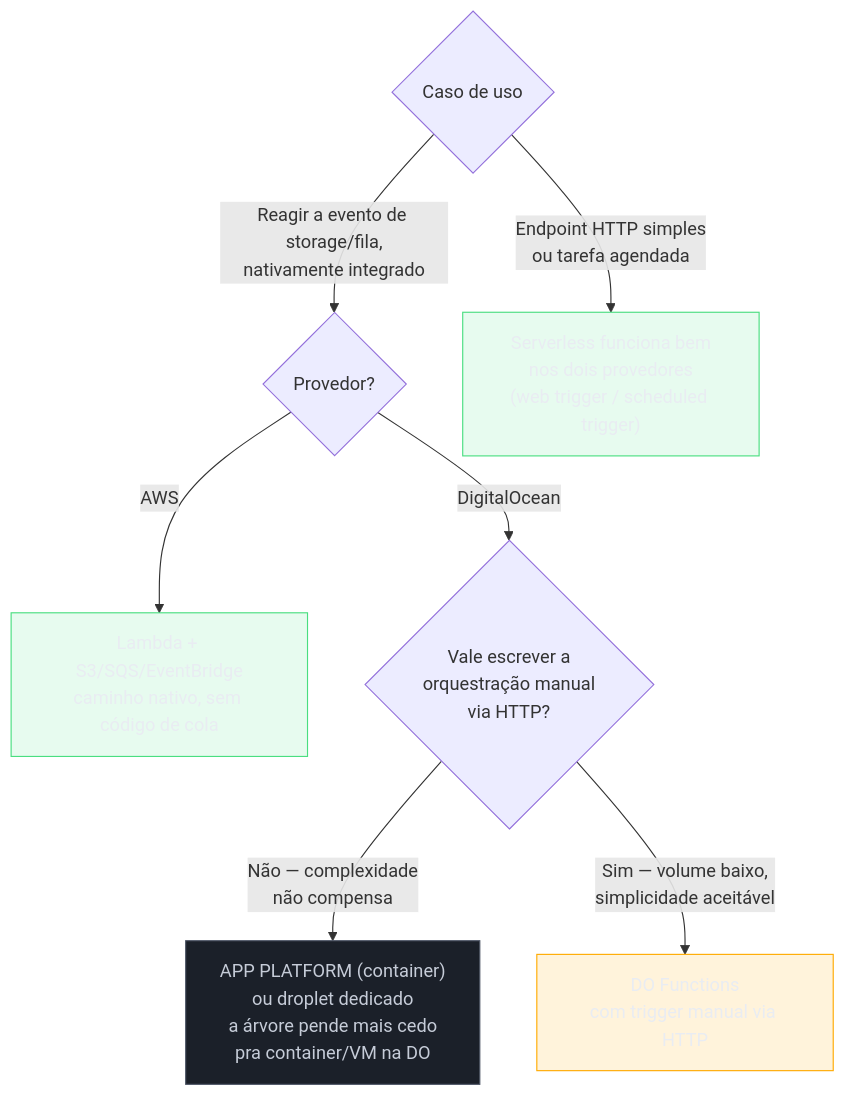
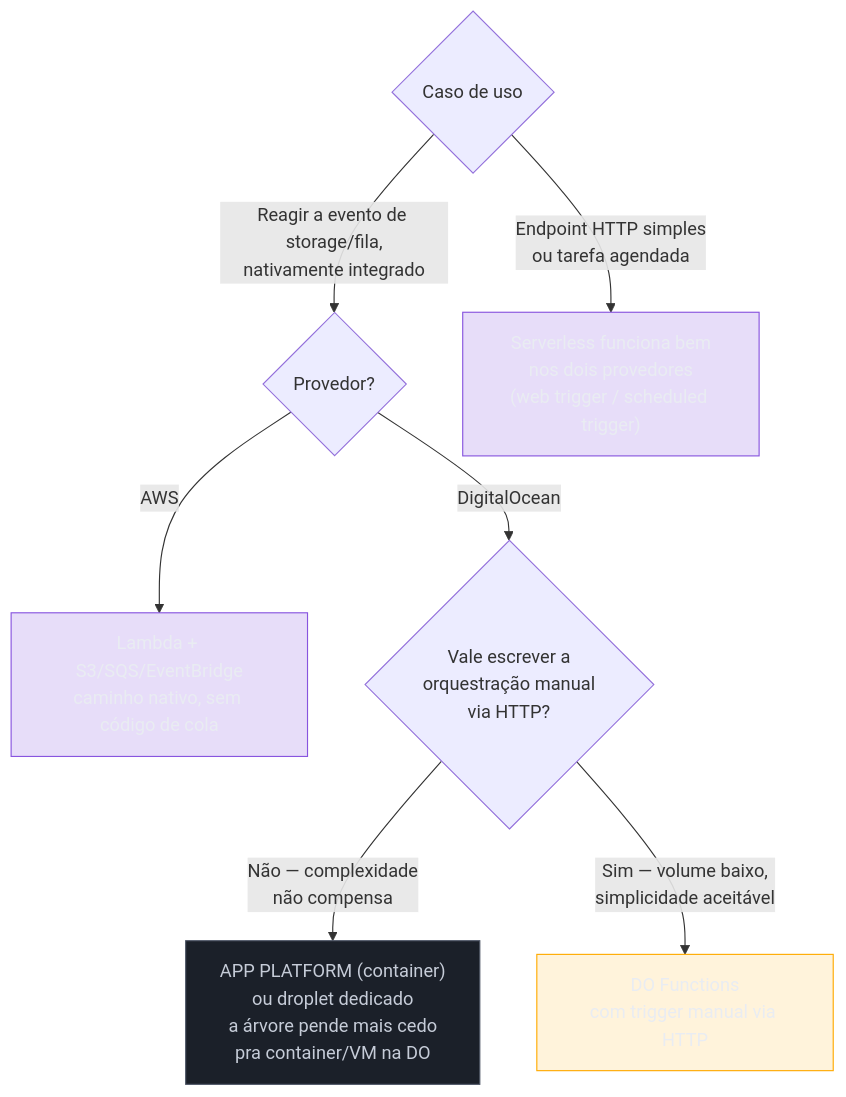
One commit to josenaldo/codex-technomanticus changed the fourth of 4 diagrams in 03-Dominios/Tecnologia/Cloud/11 - Serverless e FaaS — Lambda a fundo/06 - Quando serverless faz (e não faz) sentido.md. Above: the diagram before and after it, drawn with Mermaid. The commit also changed other lines of this file and 601 other files, not shown here.

````diff
--- a/03-Dominios/Tecnologia/Cloud/11 - Serverless e FaaS — Lambda a fundo/06 - Quando serverless faz (e não faz) sentido.md
+++ b/03-Dominios/Tecnologia/Cloud/11 - Serverless e FaaS — Lambda a fundo/06 - Quando serverless faz (e não faz) sentido.md
@@ -311,20 +311,20 @@
 ```mermaid
 flowchart TD
-    classDef ok fill:#4ADE8021,stroke:#4ADE80,color:#E9ECF2
+    classDef marca fill:#8855DF33,stroke:#8855DF,color:#E9ECF2
     classDef neutro fill:#1B2029,stroke:#4E5666,color:#C6CCD8
     classDef destaque fill:#FFAA0024,stroke:#FFAA00,color:#E9ECF2
     Q1{"Caso de uso"}
     Q1 -->|"Reagir a evento de storage/fila,<br/>nativamente integrado"| AWS_Q{"Provedor?"}
     Q1 -->|"Endpoint HTTP simples<br/>ou tarefa agendada"| Ambos["Serverless funciona bem<br/>nos dois provedores<br/>(web trigger / scheduled trigger)"]
 
     AWS_Q -->|"AWS"| Lambda["Lambda + S3/SQS/EventBridge<br/>caminho nativo, sem código de cola"]
     AWS_Q -->|"DigitalOcean"| DO_Choice{"Vale escrever a<br/>orquestração manual<br/>via HTTP?"}
 
     DO_Choice -->|"Não — complexidade<br/>não compensa"| AppPlatform["APP PLATFORM (container)<br/>ou droplet dedicado<br/>a árvore pende mais cedo<br/>pra container/VM na DO"]
     DO_Choice -->|"Sim — volume baixo,<br/>simplicidade aceitável"| DOFunctions["DO Functions<br/>com trigger manual via HTTP"]
 
-    class Lambda ok
-    class Ambos ok
+    class Lambda marca
+    class Ambos marca
     class AppPlatform neutro
     class DOFunctions destaque
 ```
````
